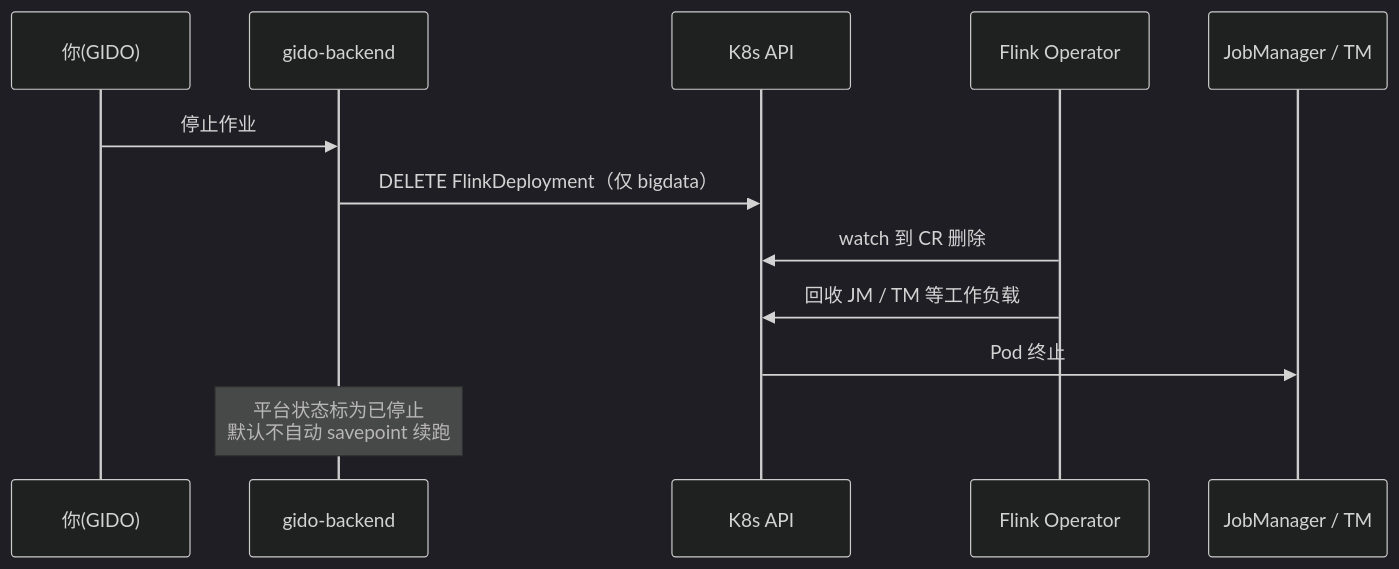
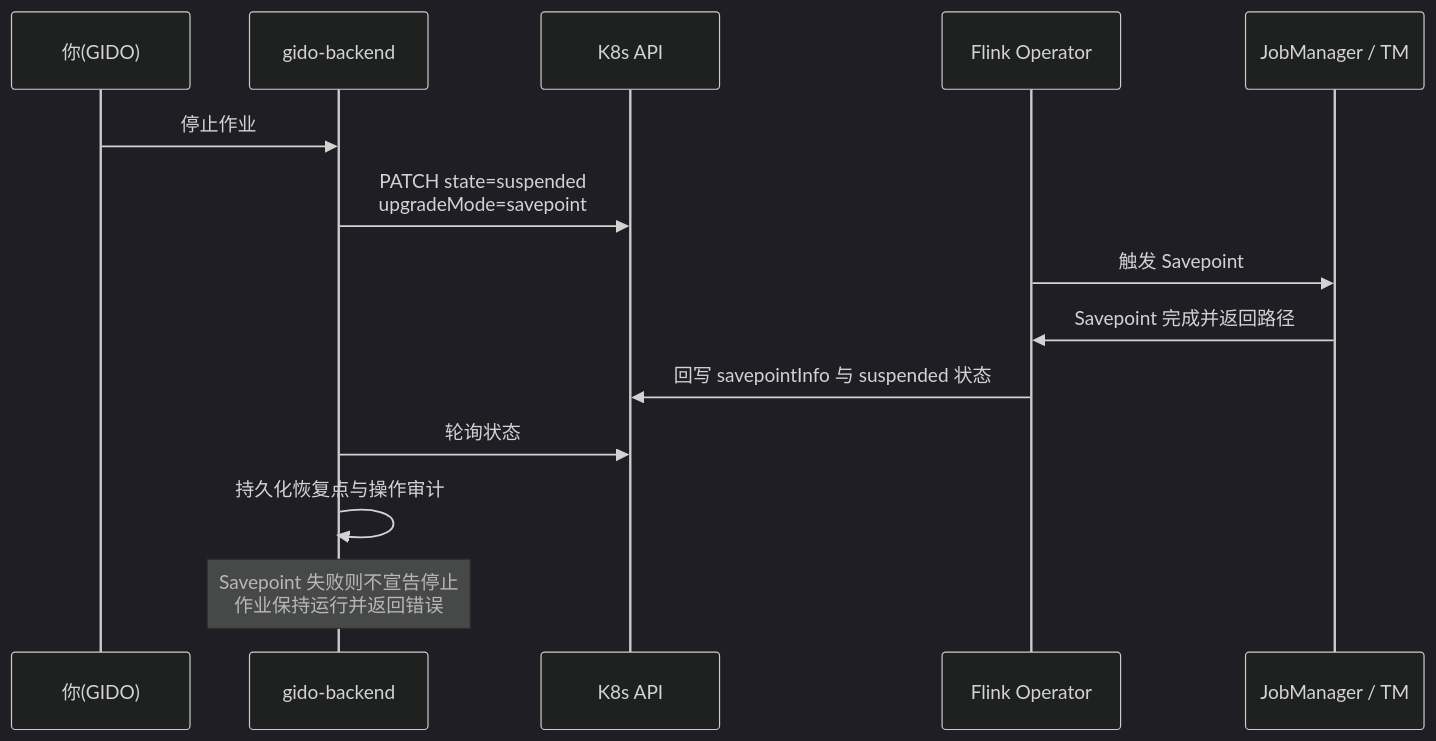
Before and after one commit to cloud-gido/gido: the second of 2 diagrams in docs/FLINK_OPERATOR_FAQ.md, drawn with Mermaid (dark theme). The commit also changed other lines of this file and 49 other files, not shown here.

````diff
--- a/docs/FLINK_OPERATOR_FAQ.md
+++ b/docs/FLINK_OPERATOR_FAQ.md
@@ -55,15 +57,17 @@
 ```mermaid
 sequenceDiagram
   participant U as 你(GIDO)
   participant B as gido-backend
   participant API as K8s API
   participant OP as Flink Operator
   participant JM as JobManager / TM
 
   U->>B: 停止作业
-  B->>API: DELETE FlinkDeployment（仅 bigdata）
-  OP->>API: watch 到 CR 删除
-  OP->>API: 回收 JM / TM 等工作负载
-  API->>JM: Pod 终止
-  Note over B: 平台状态标为已停止<br/>默认不自动 savepoint 续跑
+  B->>API: PATCH state=suspended<br/>upgradeMode=savepoint
+  OP->>JM: 触发 Savepoint
+  JM->>OP: Savepoint 完成并返回路径
+  OP->>API: 回写 savepointInfo 与 suspended 状态
+  B->>API: 轮询状态
+  B->>B: 持久化恢复点与操作审计
+  Note over B: Savepoint 失败则不宣告停止<br/>作业保持运行并返回错误
 ```
````
